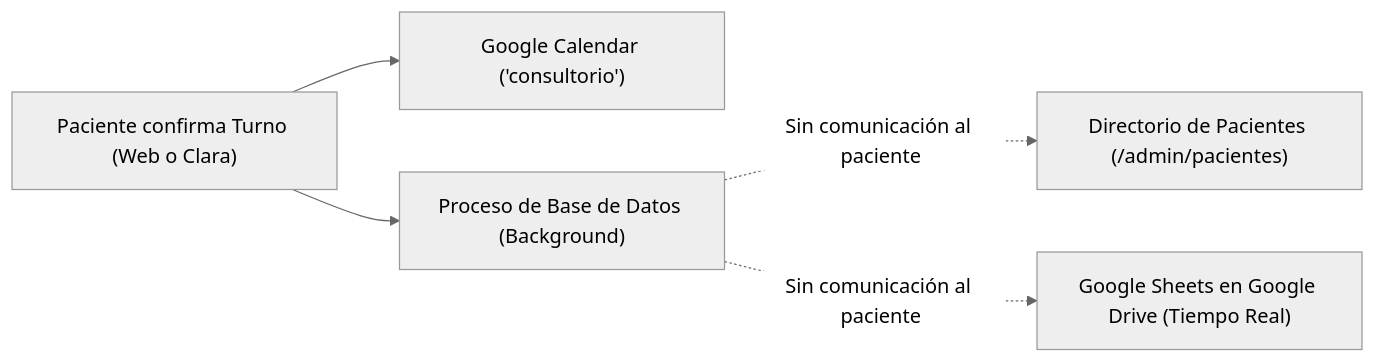
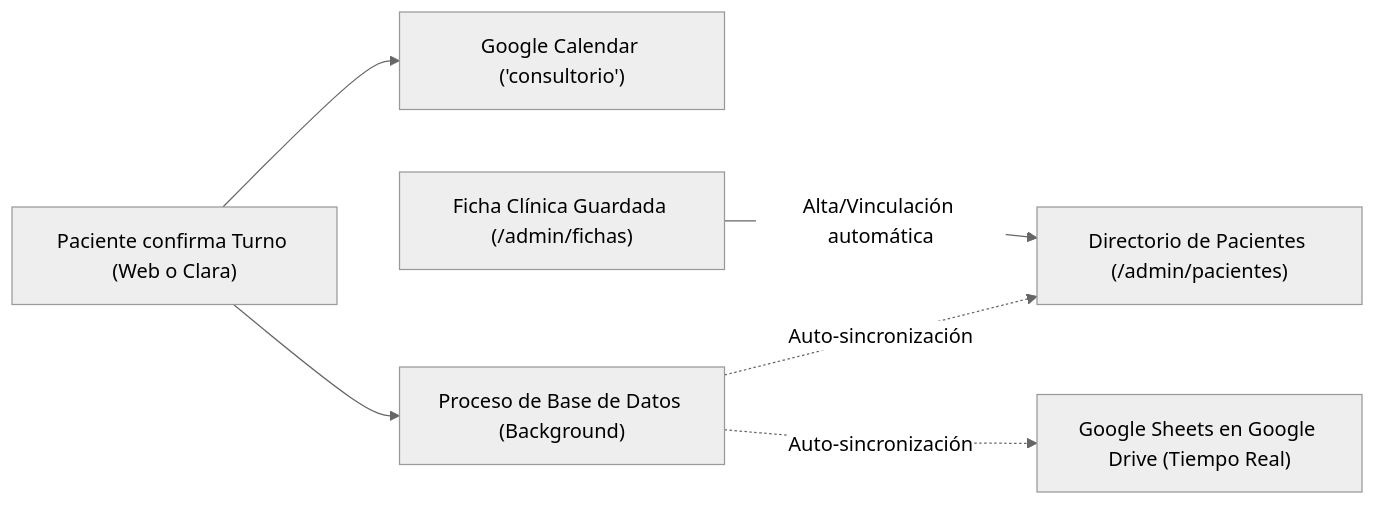
Before and after one commit to MartinBrude/kinesica: the second of 2 diagrams in docs/manual-clara.md, drawn with Mermaid (neutral theme). The commit also changed other lines of this file and 10 other files, not shown here.

````diff
--- a/docs/manual-clara.md
+++ b/docs/manual-clara.md
@@ -473,7 +518,8 @@
 ```mermaid
 flowchart LR
     A["Paciente confirma Turno (Web o Clara)"] --> B["Google Calendar ('consultorio')"]
     A --> C["Proceso de Base de Datos (Background)"]
-    C -.->|Sin comunicación al paciente| D["Directorio de Pacientes (/admin/pacientes)"]
-    C -.->|Sin comunicación al paciente| E["Google Sheets en Google Drive (Tiempo Real)"]
+    C -.->|Auto-sincronización| D["Directorio de Pacientes (/admin/pacientes)"]
+    C -.->|Auto-sincronización| E["Google Sheets en Google Drive (Tiempo Real)"]
+    F["Ficha Clínica Guardada (/admin/fichas)"] -->|Alta/Vinculación automática| D
 ```
````
